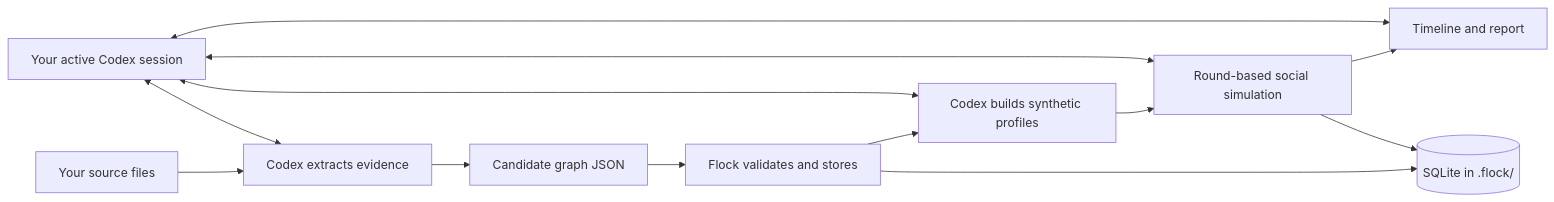
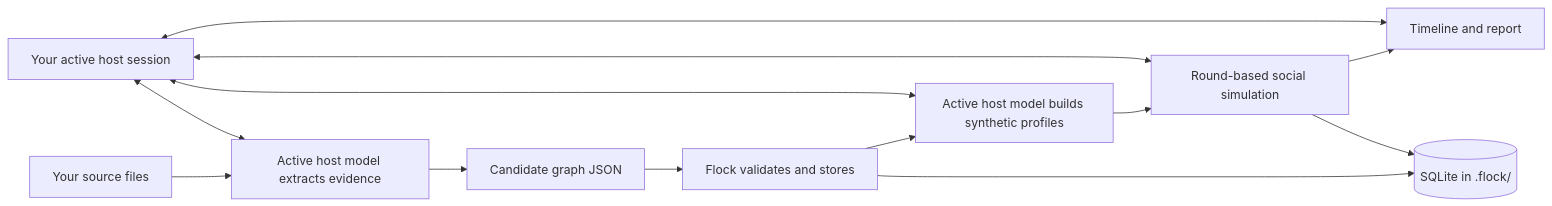
One commit to plilian/flock changed the diagram in README.md. Above: the diagram before and after it, drawn with Mermaid. The commit also changed other lines of this file and 30 other files, not shown here.

````diff
--- a/README.md
+++ b/README.md
@@ -37,15 +37,15 @@
 ```mermaid
 flowchart LR
-    A[Your source files] --> B[Codex extracts evidence]
+    A[Your source files] --> B[Active host model extracts evidence]
     B --> C[Candidate graph JSON]
     C --> D[Flock validates and stores]
-    D --> E[Codex builds synthetic profiles]
+    D --> E[Active host model builds synthetic profiles]
     E --> F[Round-based social simulation]
     F --> G[Timeline and report]
-    H[Your active Codex session] <--> B
+    H[Your active host session] <--> B
     H <--> E
     H <--> F
     H <--> G
     D --> I[(SQLite in .flock/)]
     F --> I
 ```
````
